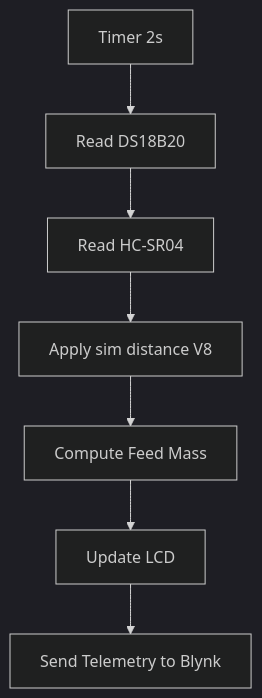
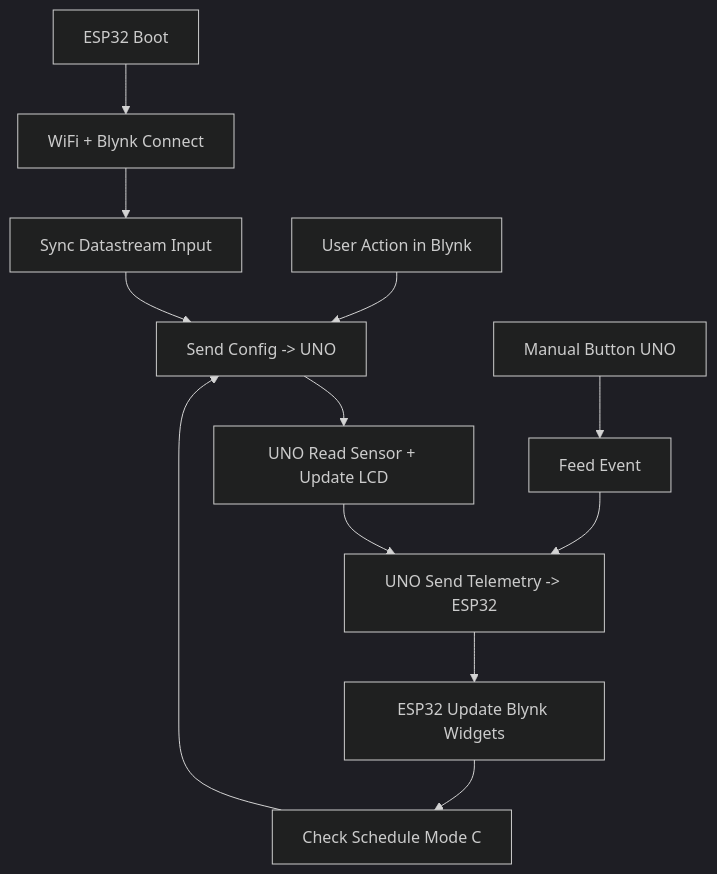
Before and after one commit to Frey210/Feederasea: the diagram in README.md, drawn with Mermaid (dark theme). The commit also changed other lines of this file, not shown here.

Commit message:
Add root README with flow and user guide

````diff
--- a/README.md
+++ b/README.md
@@ -264,9 +106,15 @@
 ```mermaid
 flowchart TD
-  A[Timer 2s] --> B[Read DS18B20]
-  B --> C[Read HC-SR04]
-  C --> D[Apply sim distance V8]
-  D --> E[Compute Feed Mass]
-  E --> F[Update LCD]
-  F --> G[Send Telemetry to Blynk]
+  A[ESP32 Boot] --> B[WiFi + Blynk Connect]
+  B --> C[Sync Datastream Input]
+  C --> D[Send Config -> UNO]
+  D --> E[UNO Read Sensor + Update LCD]
+  E --> F[UNO Send Telemetry -> ESP32]
+  F --> G[ESP32 Update Blynk Widgets]
+  G --> H[Check Schedule Mode C]
+  H --> D
+
+  I[User Action in Blynk] --> D
+  J[Manual Button UNO] --> K[Feed Event]
+  K --> F
 ```
````
